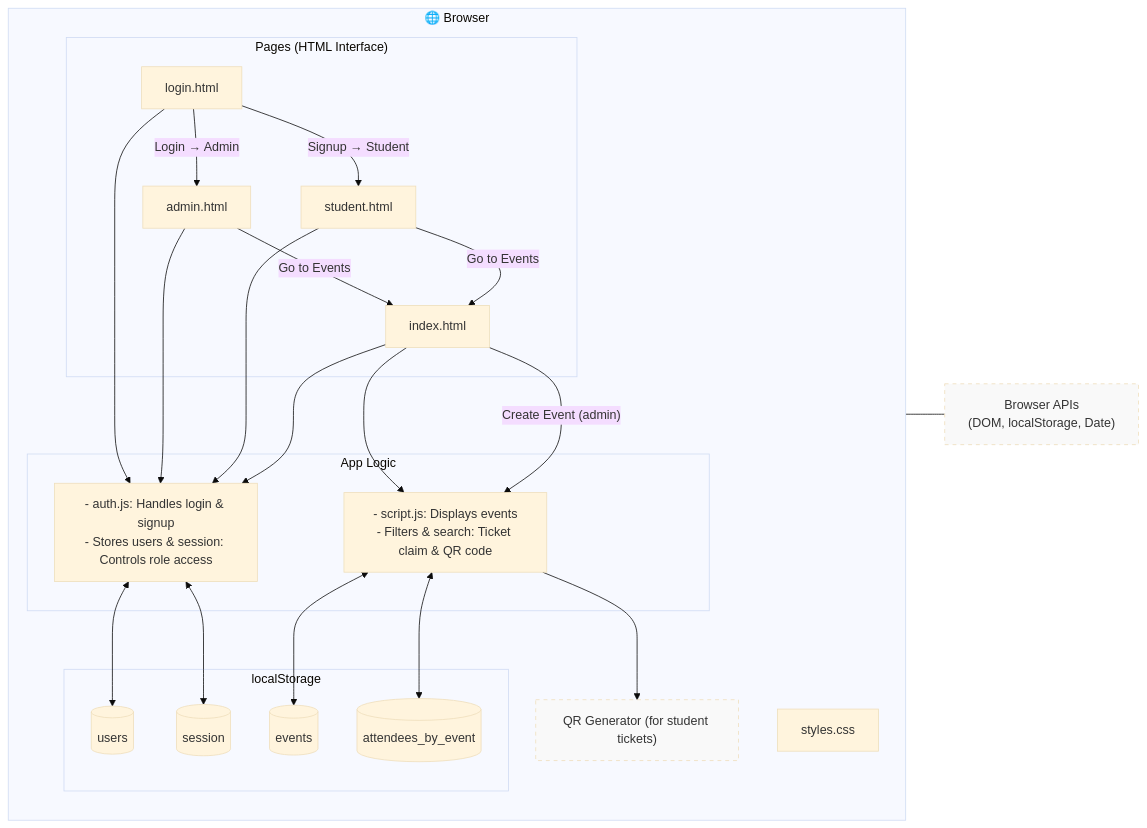
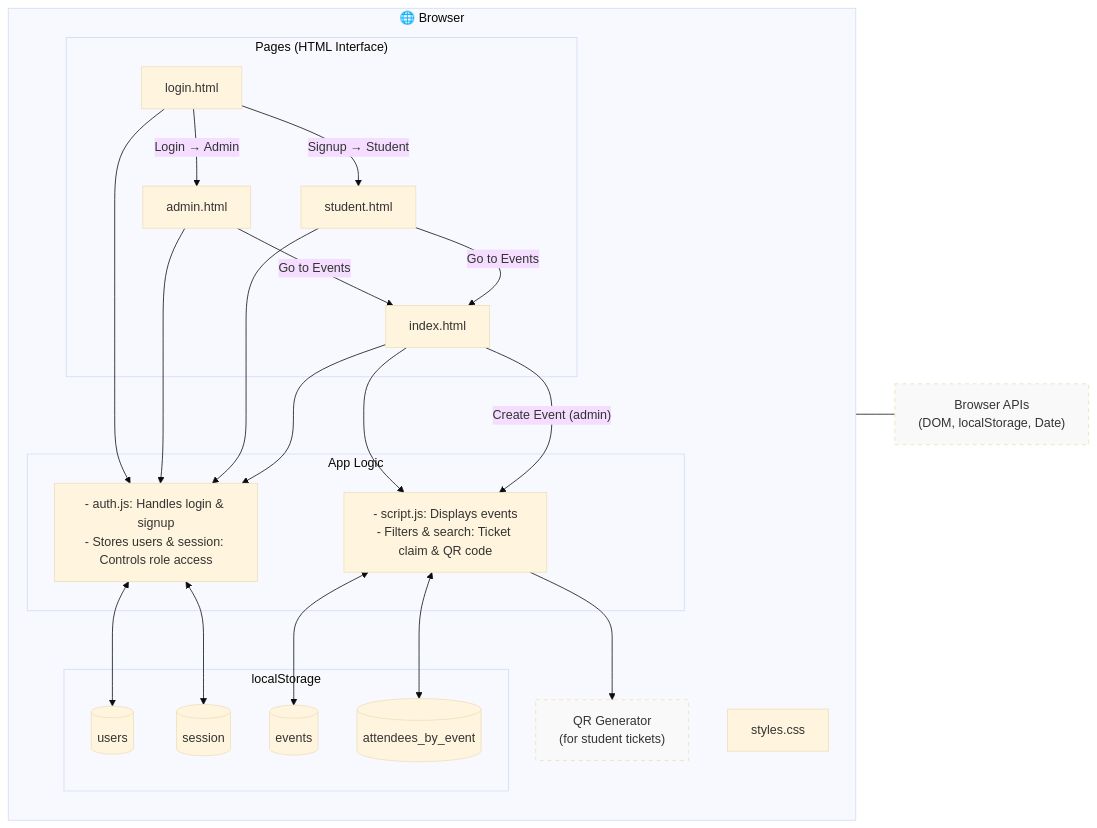
The diagram in block_diagram.mmd (MarcElHaddad1/SOEN-341), drawn with Mermaid (base theme) before and after one commit.

```diff
--- a/block_diagram.mmd
+++ b/block_diagram.mmd
@@ -1,64 +1,65 @@
 flowchart LR
   %% ========== MAIN APP ==========
   subgraph Browser["🌐 Browser "]
     
     %% Pages Layer
     subgraph Pages[" Pages (HTML Interface)"]
       L[login.html]
       A[admin.html]
       S[student.html]
       I[index.html]
     end
 
     %% Logic Layer
     subgraph Logic[" App Logic "]
       AUTH["- auth.js: Handles login & signup
 - Stores users & session: Controls role access"]
       SCR["- script.js: Displays events
 - Filters & search: Ticket claim & QR code"]
     end
 
     %% Data Layer
     subgraph Data[" localStorage "]
       USERS[(users)]
       SESSION[(session)]
       EVENTS[(events)]
       ATTENDEES[(attendees_by_event)]
     end
 
     %% Styling
     STY[styles.css]
 
     %% Page connections
     L --> AUTH
     A --> AUTH
     S --> AUTH
     I --> AUTH
     I --> SCR
 
     %% Logic <-> Data
     AUTH <--> USERS
     AUTH <--> SESSION
     SCR  <--> EVENTS
     SCR  <--> ATTENDEES
 
     %% Navigation flow
     L -- "Login → Admin" --> A
     L -- "Signup → Student" --> S
     A -- "Go to Events" --> I
     S -- "Go to Events" --> I
 
     %% Admin-only function
     I -- "Create Event (admin)" --> SCR
 
     %% Utility
-    QR["QR Generator (for student tickets)"]:::util
+    QR["QR Generator 
+(for student tickets)"]:::util
     SCR --> QR
 
     classDef util stroke-dasharray:5 5, fill:#f9f9f9;
   end
 
   %% External dependencies
   BAPI["Browser APIs 
 (DOM, localStorage, Date)"]:::util
   Browser --- BAPI
```
